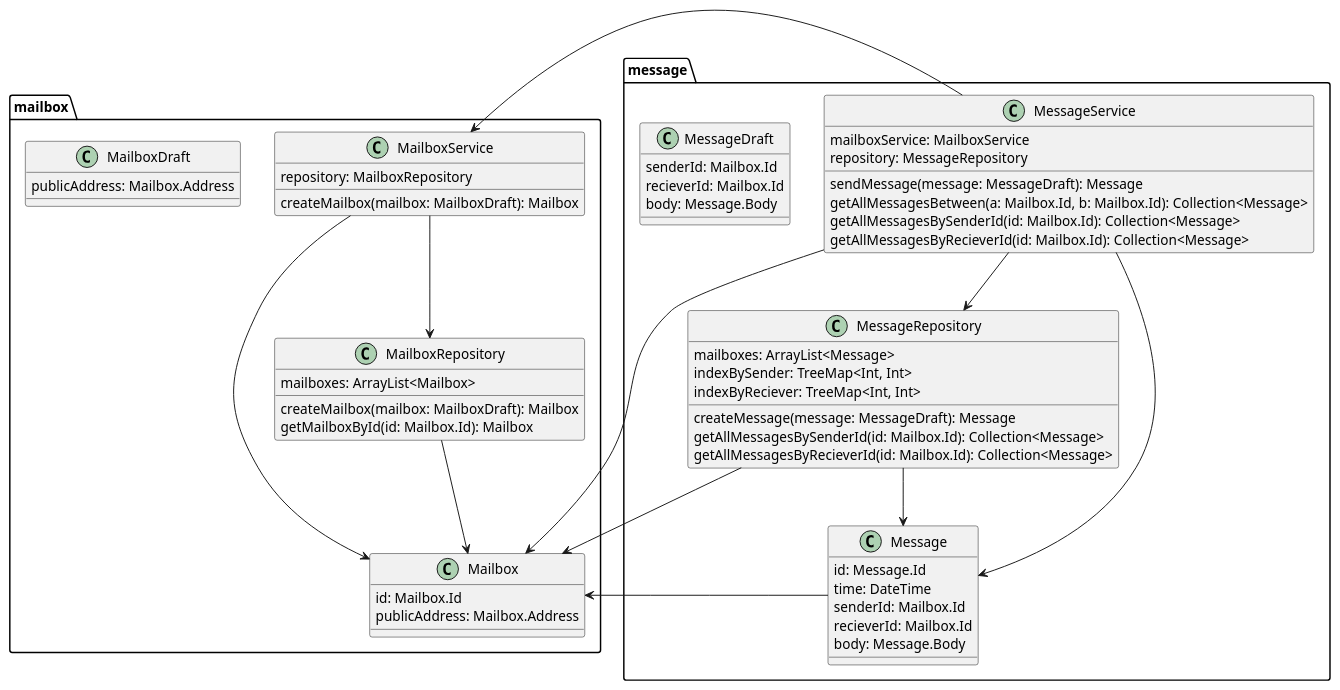
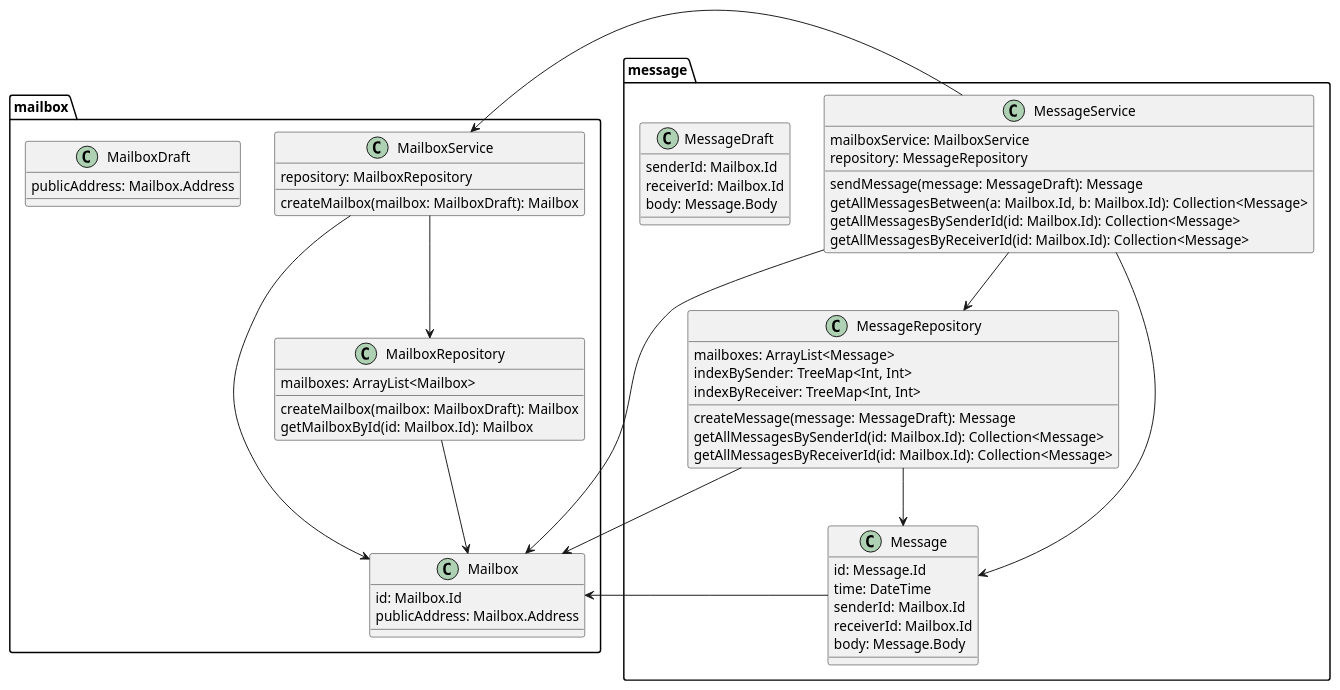
Before and after one commit to vityaman/lecture-2023-spring: the diagram in doc/uml/service.puml, drawn with PlantUML. The commit also changed 2 other files, not shown here.

```diff
--- a/doc/uml/service.puml
+++ b/doc/uml/service.puml
@@ -1,76 +1,76 @@
 @startuml "Service"
 
 package "mailbox" {
   class Mailbox {
     id: Mailbox.Id
     publicAddress: Mailbox.Address
   }
 
   class MailboxDraft {
     publicAddress: Mailbox.Address
   }
 
   class MailboxService {
     repository: MailboxRepository
 
     createMailbox(mailbox: MailboxDraft): Mailbox
   }
 
   class MailboxRepository {
     mailboxes: ArrayList<Mailbox>
 
     createMailbox(mailbox: MailboxDraft): Mailbox
     getMailboxById(id: Mailbox.Id): Mailbox
   }
 
   MailboxService --> Mailbox
   MailboxService --> MailboxRepository
   MailboxRepository --> Mailbox
 }
 
 package "message" {
   class Message {
     id: Message.Id
     time: DateTime
     senderId: Mailbox.Id
-    recieverId: Mailbox.Id
+    receiverId: Mailbox.Id
     body: Message.Body
   }
 
   class MessageDraft {
     senderId: Mailbox.Id
-    recieverId: Mailbox.Id
+    receiverId: Mailbox.Id
     body: Message.Body
   }
 
   class MessageService {
     mailboxService: MailboxService
     repository: MessageRepository
     
     sendMessage(message: MessageDraft): Message
     getAllMessagesBetween(a: Mailbox.Id, b: Mailbox.Id): Collection<Message>
     getAllMessagesBySenderId(id: Mailbox.Id): Collection<Message>
-    getAllMessagesByRecieverId(id: Mailbox.Id): Collection<Message>
+    getAllMessagesByReceiverId(id: Mailbox.Id): Collection<Message>
   }
 
   class MessageRepository {
     mailboxes: ArrayList<Message>
     indexBySender: TreeMap<Int, Int>
-    indexByReciever: TreeMap<Int, Int>
+    indexByReceiver: TreeMap<Int, Int>
 
     createMessage(message: MessageDraft): Message
     getAllMessagesBySenderId(id: Mailbox.Id): Collection<Message>
-    getAllMessagesByRecieverId(id: Mailbox.Id): Collection<Message>
+    getAllMessagesByReceiverId(id: Mailbox.Id): Collection<Message>
   }
 
   MessageService --> Message
   MessageService --> MessageRepository
   MessageRepository --> Message
 }
 
 Message -> Mailbox
 MessageService -> MailboxService
 MessageService -> Mailbox
 MessageRepository -> Mailbox
 
 @enduml
```
